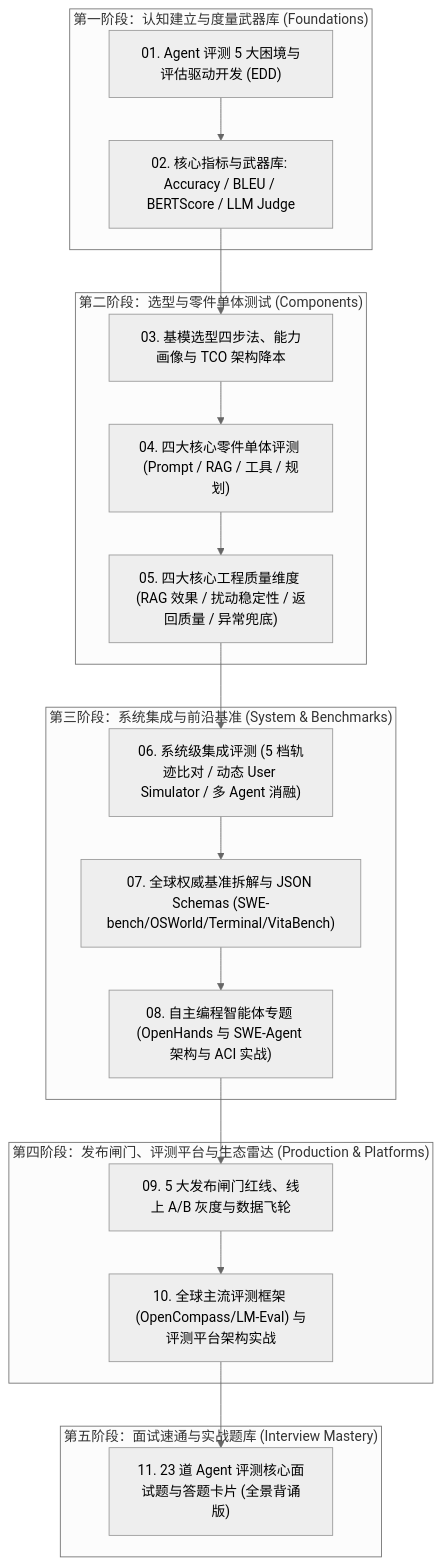
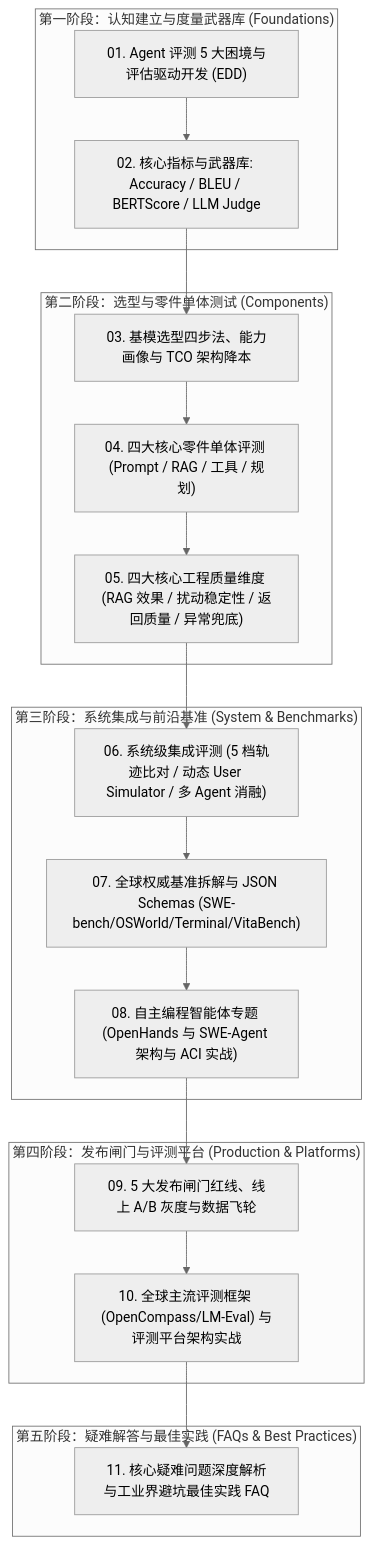
Before and after one commit to Anlon-27/awesome-agent-eval: the diagram in README.md, drawn with Mermaid (neutral theme). The commit also changed other lines of this file and 4 other files, not shown here.

Commit message:
refactor: Standardize all documentation into pure technical learning and engineering best practices

````diff
--- a/README.md
+++ b/README.md
@@ -30,27 +30,27 @@
 ```mermaid
 graph TD
     subgraph STAGE1["第一阶段：认知建立与度量武器库 (Foundations)"]
         D1["01. Agent 评测 5 大困境与评估驱动开发 (EDD)"] --> D2["02. 核心指标与武器库: Accuracy / BLEU / BERTScore / LLM Judge"]
     end
 
     subgraph STAGE2["第二阶段：选型与零件单体测试 (Components)"]
         D2 --> D3["03. 基模选型四步法、能力画像与 TCO 架构降本"]
         D3 --> D4["04. 四大核心零件单体评测 (Prompt / RAG / 工具 / 规划)"]
         D4 --> D5["05. 四大核心工程质量维度 (RAG 效果 / 扰动稳定性 / 返回质量 / 异常兜底)"]
     end
 
     subgraph STAGE3["第三阶段：系统集成与前沿基准 (System & Benchmarks)"]
         D5 --> D6["06. 系统级集成评测 (5 档轨迹比对 / 动态 User Simulator / 多 Agent 消融)"]
         D6 --> D7["07. 全球权威基准拆解与 JSON Schemas (SWE-bench/OSWorld/Terminal/VitaBench)"]
         D7 --> D8["08. 自主编程智能体专题 (OpenHands 与 SWE-Agent 架构与 ACI 实战)"]
     end
 
-    subgraph STAGE4["第四阶段：发布闸门、评测平台与生态雷达 (Production & Platforms)"]
+    subgraph STAGE4["第四阶段：发布闸门与评测平台 (Production & Platforms)"]
         D8 --> D9["09. 5 大发布闸门红线、线上 A/B 灰度与数据飞轮"]
         D9 --> D10["10. 全球主流评测框架 (OpenCompass/LM-Eval) 与评测平台架构实战"]
     end
 
-    subgraph STAGE5["第五阶段：面试速通与实战题库 (Interview Mastery)"]
-        D10 --> D11["11. 23 道 Agent 评测核心面试题与答题卡片 (全景背诵版)"]
+    subgraph STAGE5["第五阶段：疑难解答与最佳实践 (FAQs & Best Practices)"]
+        D10 --> D11["11. 核心疑难问题深度解析与工业界避坑最佳实践 FAQ"]
     end
 ```
````
